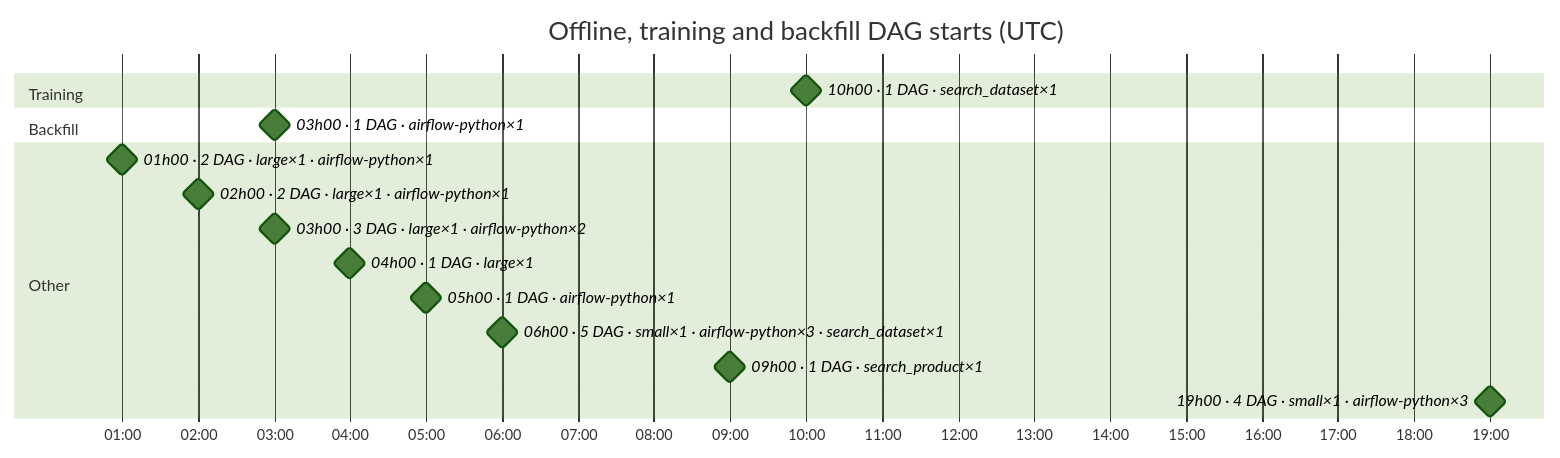
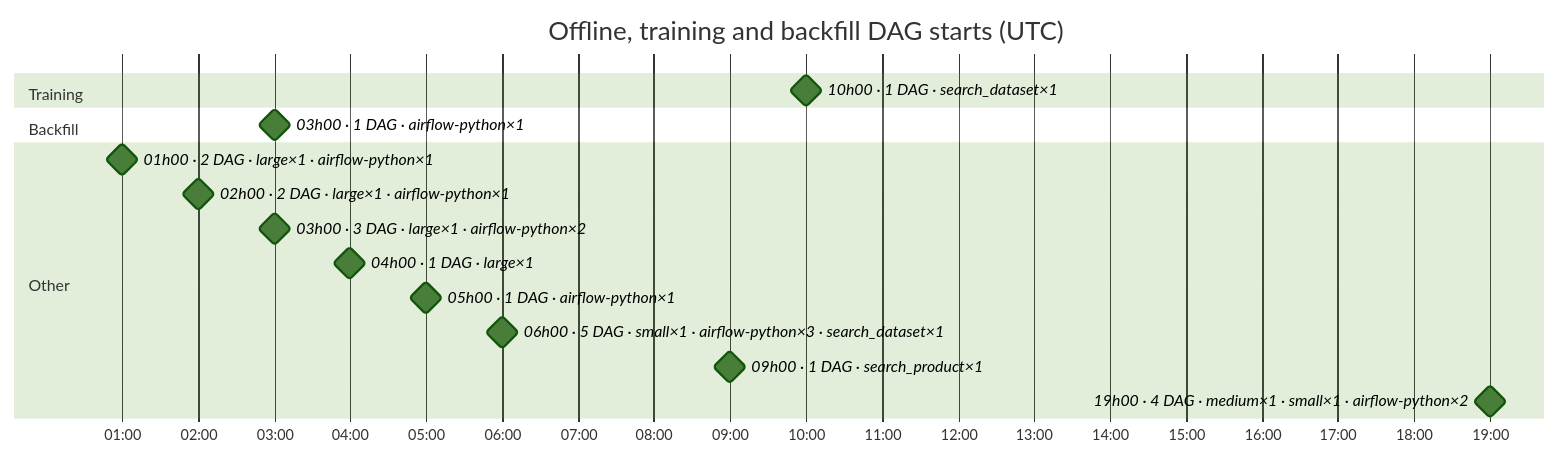
One commit to DayMarket/ml-feature-platform changed the sixth of 7 diagrams in docs/feature_platform_map.md. Above: the diagram before and after it, drawn with Mermaid (forest theme). The commit also changed other lines of this file and 7 other files, not shown here.

````diff
--- a/docs/feature_platform_map.md
+++ b/docs/feature_platform_map.md
@@ -263,20 +263,20 @@
 ```mermaid
 gantt
     title Offline, training and backfill DAG starts (UTC)
     dateFormat HH:mm
     axisFormat %H:%M
     tickInterval 1hour
     section Training
     10h00 · 1 DAG · search_dataset×1 :milestone, s0_0600, 10:00, 0m
     section Backfill
     03h00 · 1 DAG · airflow-python×1 :milestone, s1_0180, 03:00, 0m
     section Other
     01h00 · 2 DAG · large×1 · airflow-python×1 :milestone, s2_0060, 01:00, 0m
     02h00 · 2 DAG · large×1 · airflow-python×1 :milestone, s2_0120, 02:00, 0m
     03h00 · 3 DAG · large×1 · airflow-python×2 :milestone, s2_0180, 03:00, 0m
     04h00 · 1 DAG · large×1 :milestone, s2_0240, 04:00, 0m
     05h00 · 1 DAG · airflow-python×1 :milestone, s2_0300, 05:00, 0m
     06h00 · 5 DAG · small×1 · airflow-python×3 · search_dataset×1 :milestone, s2_0360, 06:00, 0m
     09h00 · 1 DAG · search_product×1 :milestone, s2_0540, 09:00, 0m
-    19h00 · 4 DAG · small×1 · airflow-python×3 :milestone, s2_1140, 19:00, 0m
+    19h00 · 4 DAG · medium×1 · small×1 · airflow-python×2 :milestone, s2_1140, 19:00, 0m
 ```
````
